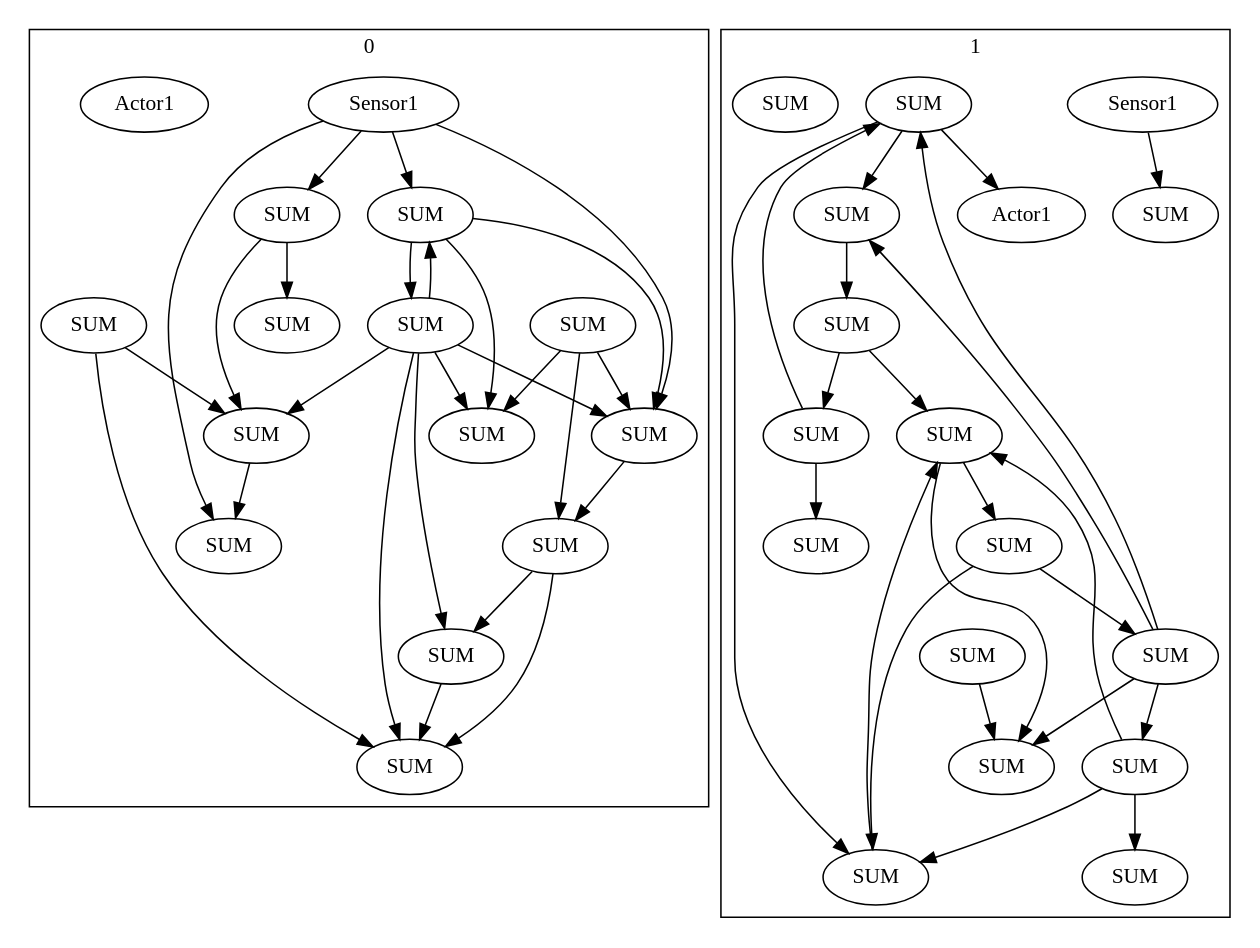
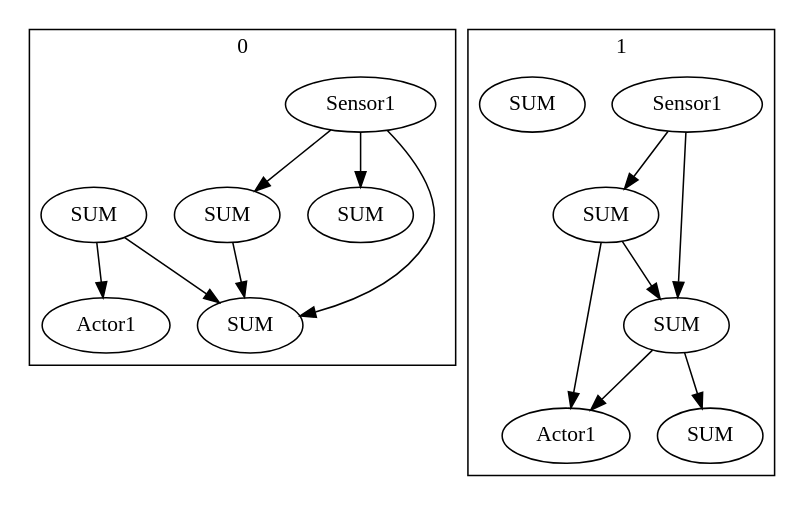
Before and after one commit to den1den/2imv10-virtual-creatures: the diagram in 2IMV10_VirtualCreatures/stats/2.gv, drawn with Graphviz. The commit also changed 7 other files, not shown here.

```diff
--- a/2IMV10_VirtualCreatures/stats/2.gv
+++ b/2IMV10_VirtualCreatures/stats/2.gv
@@ -1,90 +1,35 @@
 digraph {
     subgraph cluster_0 {
         label="Brain";
     }
     subgraph cluster_1 {
         label="0";
-        x0x127935SENSORSUM [label="Sensor1"];
-        x0x127936NEURONSUM [label="SUM"];
-        x0x127937NEURONSUM [label="SUM"];
-        x0x127938NEURONSUM [label="SUM"];
-        x0x127939NEURONSUM [label="SUM"];
-        x0x127940NEURONSUM [label="SUM"];
-        x0x127941NEURONSUM [label="SUM"];
-        x0x127942NEURONSUM [label="SUM"];
-        x0x127943NEURONSUM [label="SUM"];
-        x0x127944NEURONSUM [label="SUM"];
-        x0x127945NEURONSUM [label="SUM"];
-        x0x127946NEURONSUM [label="SUM"];
-        x0x127947NEURONSUM [label="SUM"];
-        x0x127948NEURONSUM [label="SUM"];
-        x0x127949ACTORSUM [label="Actor1"];
+        x0x11758SENSORSUM [label="Sensor1"];
+        x0x11759NEURONSUM [label="SUM"];
+        x0x11760NEURONSUM [label="SUM"];
+        x0x11761NEURONSUM [label="SUM"];
+        x0x11768NEURONSUM [label="SUM"];
+        x0x11762ACTORSUM [label="Actor1"];
     }
     subgraph cluster_2 {
         label="1";
-        x1x127950SENSORSUM [label="Sensor1"];
-        x1x127951NEURONSUM [label="SUM"];
-        x1x127952NEURONSUM [label="SUM"];
-        x1x127953NEURONSUM [label="SUM"];
-        x1x127954NEURONSUM [label="SUM"];
-        x1x127955NEURONSUM [label="SUM"];
-        x1x127956NEURONSUM [label="SUM"];
-        x1x127957NEURONSUM [label="SUM"];
-        x1x127958NEURONSUM [label="SUM"];
-        x1x127959NEURONSUM [label="SUM"];
-        x1x127960NEURONSUM [label="SUM"];
-        x1x127961NEURONSUM [label="SUM"];
-        x1x127962NEURONSUM [label="SUM"];
-        x1x127963NEURONSUM [label="SUM"];
-        x1x127964NEURONSUM [label="SUM"];
-        x1x127966NEURONSUM [label="SUM"];
-        x1x127965ACTORSUM [label="Actor1"];
+        x1x11763SENSORSUM [label="Sensor1"];
+        x1x11764NEURONSUM [label="SUM"];
+        x1x11765NEURONSUM [label="SUM"];
+        x1x11766NEURONSUM [label="SUM"];
+        x1x11769NEURONSUM [label="SUM"];
+        x1x11767ACTORSUM [label="Actor1"];
     }
-    x0x127935SENSORSUM -> x0x127936NEURONSUM
-    x0x127935SENSORSUM -> x0x127938NEURONSUM
-    x0x127939NEURONSUM -> x0x127936NEURONSUM
-    x0x127939NEURONSUM -> x0x127943NEURONSUM
-    x0x127945NEURONSUM -> x0x127940NEURONSUM
-    x0x127943NEURONSUM -> x0x127939NEURONSUM
-    x0x127940NEURONSUM -> x0x127938NEURONSUM
-    x0x127941NEURONSUM -> x0x127940NEURONSUM
-    x0x127944NEURONSUM -> x0x127947NEURONSUM
-    x0x127941NEURONSUM -> x0x127947NEURONSUM
-    x0x127943NEURONSUM -> x0x127940NEURONSUM
-    x0x127943NEURONSUM -> x0x127947NEURONSUM
-    x0x127942NEURONSUM -> x0x127944NEURONSUM
-    x0x127937NEURONSUM -> x0x127936NEURONSUM
-    x0x127943NEURONSUM -> x0x127944NEURONSUM
-    x0x127935SENSORSUM -> x0x127939NEURONSUM
-    x0x127936NEURONSUM -> x0x127942NEURONSUM
-    x0x127943NEURONSUM -> x0x127946NEURONSUM
-    x0x127942NEURONSUM -> x0x127947NEURONSUM
-    x0x127939NEURONSUM -> x0x127946NEURONSUM
-    x0x127943NEURONSUM -> x0x127936NEURONSUM
-    x0x127935SENSORSUM -> x0x127945NEURONSUM
-    x0x127945NEURONSUM -> x0x127948NEURONSUM
-    x0x127937NEURONSUM -> x0x127946NEURONSUM
-    x0x127937NEURONSUM -> x0x127942NEURONSUM
-    x1x127959NEURONSUM -> x1x127954NEURONSUM
-    x1x127953NEURONSUM -> x1x127958NEURONSUM
-    x1x127953NEURONSUM -> x1x127955NEURONSUM
-    x1x127951NEURONSUM -> x1x127956NEURONSUM
-    x1x127954NEURONSUM -> x1x127958NEURONSUM
-    x1x127951NEURONSUM -> x1x127965ACTORSUM
-    x1x127952NEURONSUM -> x1x127953NEURONSUM
-    x1x127953NEURONSUM -> x1x127951NEURONSUM
-    x1x127962NEURONSUM -> x1x127957NEURONSUM
-    x1x127954NEURONSUM -> x1x127952NEURONSUM
-    x1x127961NEURONSUM -> x1x127958NEURONSUM
-    x1x127955NEURONSUM -> x1x127954NEURONSUM
-    x1x127952NEURONSUM -> x1x127959NEURONSUM
-    x1x127953NEURONSUM -> x1x127956NEURONSUM
-    x1x127955NEURONSUM -> x1x127960NEURONSUM
-    x1x127957NEURONSUM -> x1x127951NEURONSUM
-    x1x127955NEURONSUM -> x1x127959NEURONSUM
-    x1x127962NEURONSUM -> x1x127954NEURONSUM
-    x1x127956NEURONSUM -> x1x127962NEURONSUM
-    x1x127950SENSORSUM -> x1x127963NEURONSUM
-    x1x127951NEURONSUM -> x1x127959NEURONSUM
-    x1x127957NEURONSUM -> x1x127964NEURONSUM
+    x0x11758SENSORSUM -> x0x11759NEURONSUM
+    x0x11760NEURONSUM -> x0x11762ACTORSUM
+    x0x11758SENSORSUM -> x0x11768NEURONSUM
+    x0x11758SENSORSUM -> x0x11761NEURONSUM
+    x0x11760NEURONSUM -> x0x11759NEURONSUM
+    x0x11761NEURONSUM -> x0x11759NEURONSUM
+    x1x11765NEURONSUM -> x1x11766NEURONSUM
+    x1x11764NEURONSUM -> x1x11765NEURONSUM
+    x1x11763SENSORSUM -> x1x11764NEURONSUM
+    x1x11765NEURONSUM -> x1x11767ACTORSUM
+    x1x11764NEURONSUM -> x1x11767ACTORSUM
+    x1x11763SENSORSUM -> x1x11765NEURONSUM
 }
```
